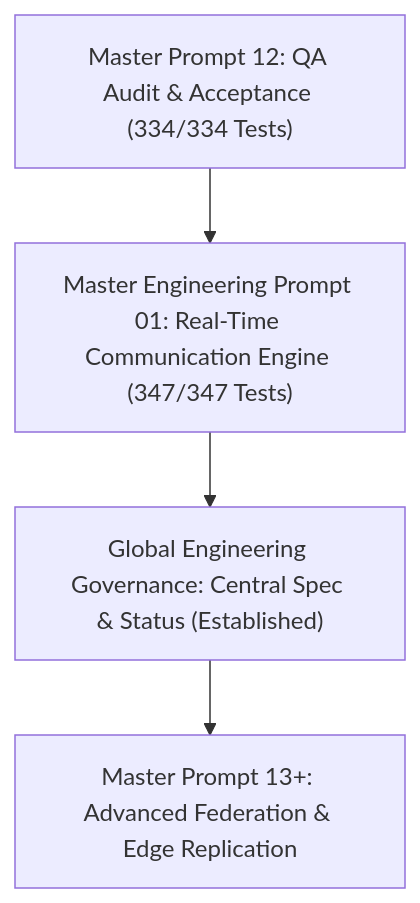
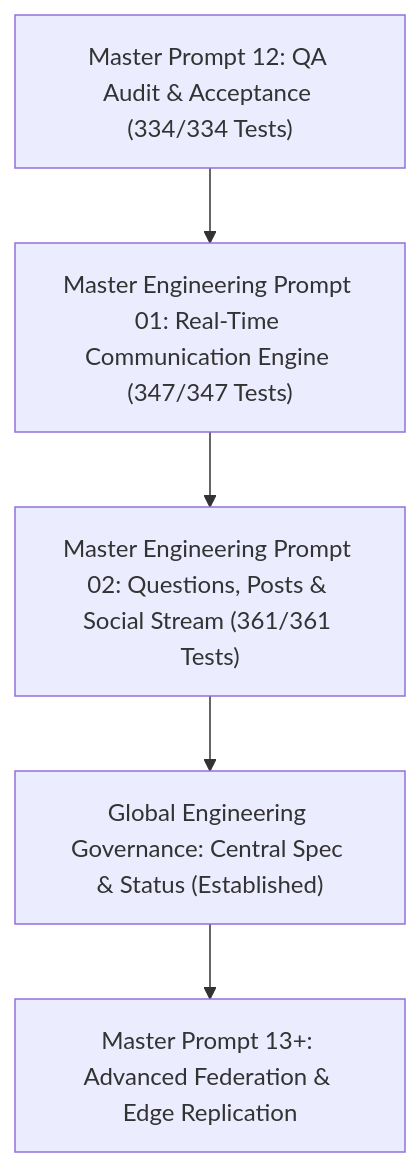
The second of 2 diagrams in IMPLEMENTATION_STATUS.md (thamaracode/Friends_Dating), drawn with Mermaid before and after one commit. The commit also changed other lines of this file and 17 other files, not shown here.

First line of the commit message:
feat(social): Complete Questions, Posts, Social Feed and Content Discovery Ecosystem (Master Prompt 02)

````diff
--- a/IMPLEMENTATION_STATUS.md
+++ b/IMPLEMENTATION_STATUS.md
@@ -90,11 +94,13 @@
 ```mermaid
 flowchart TD
     Current["Master Prompt 12: QA Audit & Acceptance (334/334 Tests)"]
     Comms["Master Engineering Prompt 01: Real-Time Communication Engine (347/347 Tests)"]
+    Social["Master Engineering Prompt 02: Questions, Posts & Social Stream (361/361 Tests)"]
     Governance["Global Engineering Governance: Central Spec & Status (Established)"]
     Next["Master Prompt 13+: Advanced Federation & Edge Replication"]
 
     Current --> Comms
-    Comms --> Governance
+    Comms --> Social
+    Social --> Governance
     Governance --> Next
 ```
````
